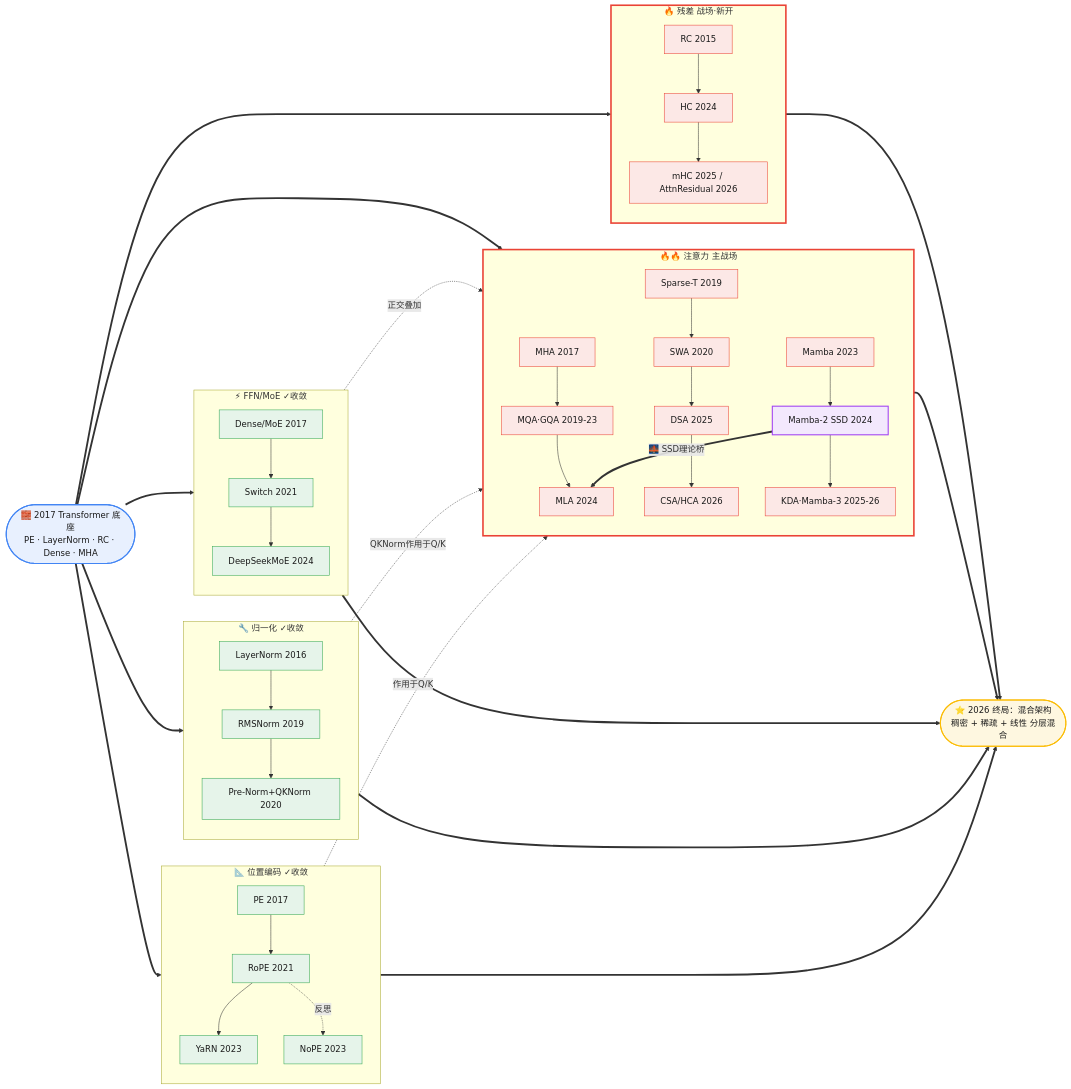
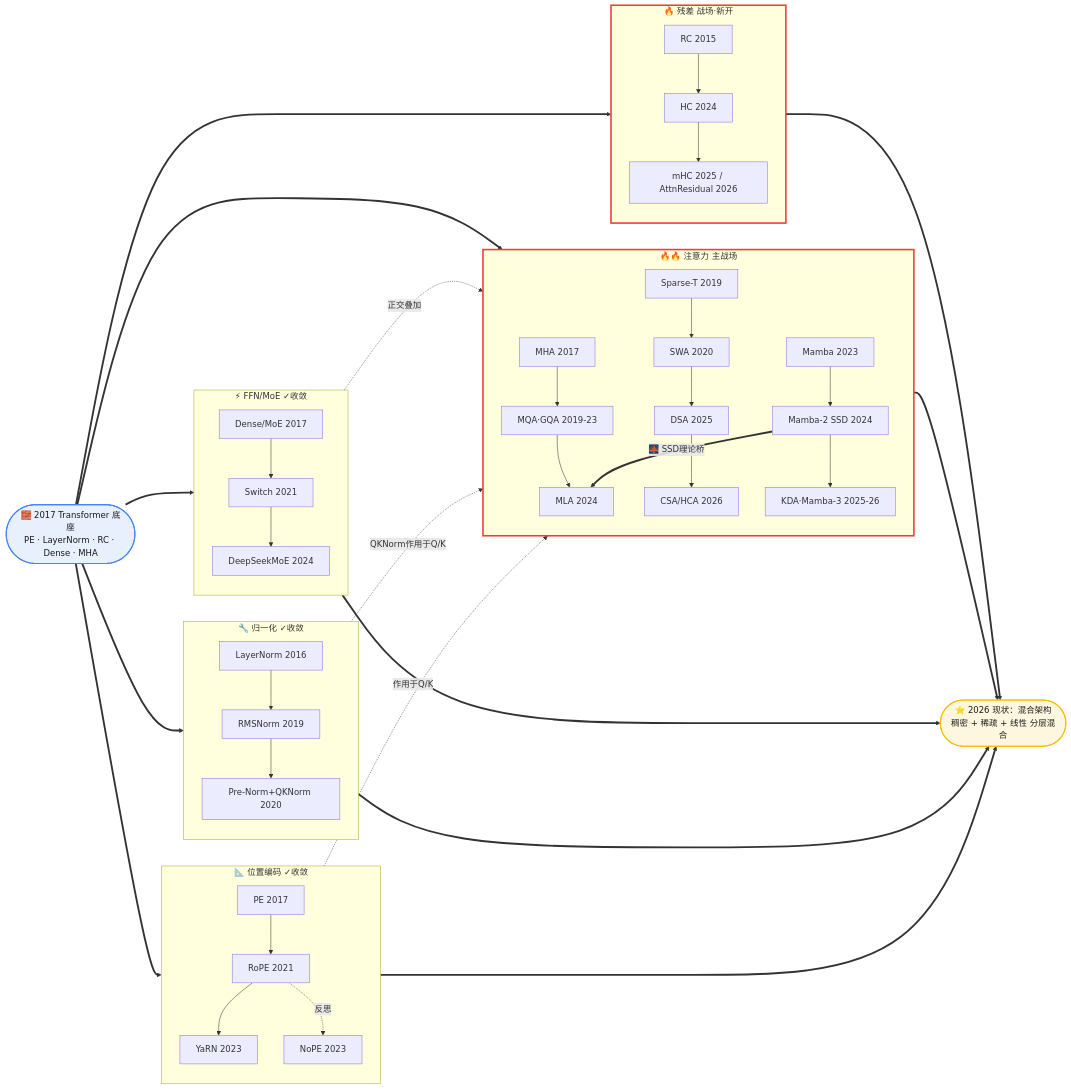
One commit to xiongfree/mywiki changed the second of 3 diagrams in llm_arch_evolution.md. Above: the diagram before and after it, drawn with Mermaid. The commit also changed other lines of this file, not shown here.

````diff
--- a/llm_arch_evolution.md
+++ b/llm_arch_evolution.md
@@ -271,51 +266,45 @@
 ```mermaid
 flowchart LR
     T0(["🧱 2017 Transformer 底座<br/>PE · LayerNorm · RC · Dense · MHA"])
 
     subgraph PE["📐 位置编码 ✓收敛"]
         direction TB
         pe1["PE 2017"] --> pe2["RoPE 2021"] --> pe3["YaRN 2023"]
         pe2 -.反思.-> pe4["NoPE 2023"]
     end
     subgraph NM["🔧 归一化 ✓收敛"]
         direction TB
         nm1["LayerNorm 2016"] --> nm2["RMSNorm 2019"] --> nm3["Pre-Norm+QKNorm 2020"]
     end
     subgraph RES["🔥 残差 战场·新开"]
         direction TB
         rs1["RC 2015"] --> rs2["HC 2024"] --> rs3["mHC 2025 / AttnResidual 2026"]
     end
     subgraph FFN["⚡ FFN/MoE ✓收敛"]
         direction TB
         fn1["Dense/MoE 2017"] --> fn2["Switch 2021"] --> fn3["DeepSeekMoE 2024"]
     end
     subgraph ATT["🔥🔥 注意力 主战场"]
         direction TB
         a1["MHA 2017"] --> a2["MQA·GQA 2019-23"] --> a3["MLA 2024"]
         a4["Sparse-T 2019"] --> a4b["SWA 2020"] --> a5["DSA 2025"] --> a6["CSA/HCA 2026"]
         a7["Mamba 2023"] --> a8["Mamba-2 SSD 2024"] --> a9["KDA·Mamba-3 2025-26"]
     end
 
     T0 ==> PE & NM & RES & FFN & ATT
 
     pe2 -.作用于Q/K.-> ATT
     nm3 -.QKNorm作用于Q/K.-> ATT
     fn3 -.正交叠加.-> ATT
     a8 == 🌉 SSD理论桥 ==> a3
 
-    PE & NM & RES & FFN & ATT ==> END(["⭐ 2026 终局：混合架构<br/>稠密 + 稀疏 + 线性 分层混合"])
+    PE & NM & RES & FFN & ATT ==> END(["⭐ 2026 现状：混合架构<br/>稠密 + 稀疏 + 线性 分层混合"])
 
     classDef base fill:#e8f0fe,stroke:#4285f4,stroke-width:2px,color:#1a1a1a;
-    classDef converged fill:#e6f4ea,stroke:#34a853,color:#1a1a1a;
-    classDef battle fill:#fce8e6,stroke:#ea4335,color:#1a1a1a;
     classDef endnode fill:#fef7e0,stroke:#fbbc04,stroke-width:2px,color:#1a1a1a;
-    classDef bridge fill:#f3e8fd,stroke:#a142f4,stroke-width:2px,color:#1a1a1a;
 
     class T0 base;
-    class pe1,pe2,pe3,pe4,nm1,nm2,nm3,fn1,fn2,fn3 converged;
-    class rs1,rs2,rs3,a1,a2,a3,a4,a4b,a5,a6,a7,a9 battle;
-    class a8 bridge;
     class END endnode;
     style RES stroke:#ea4335,stroke-width:3px;
     style ATT stroke:#ea4335,stroke-width:3px;
 ```
````
